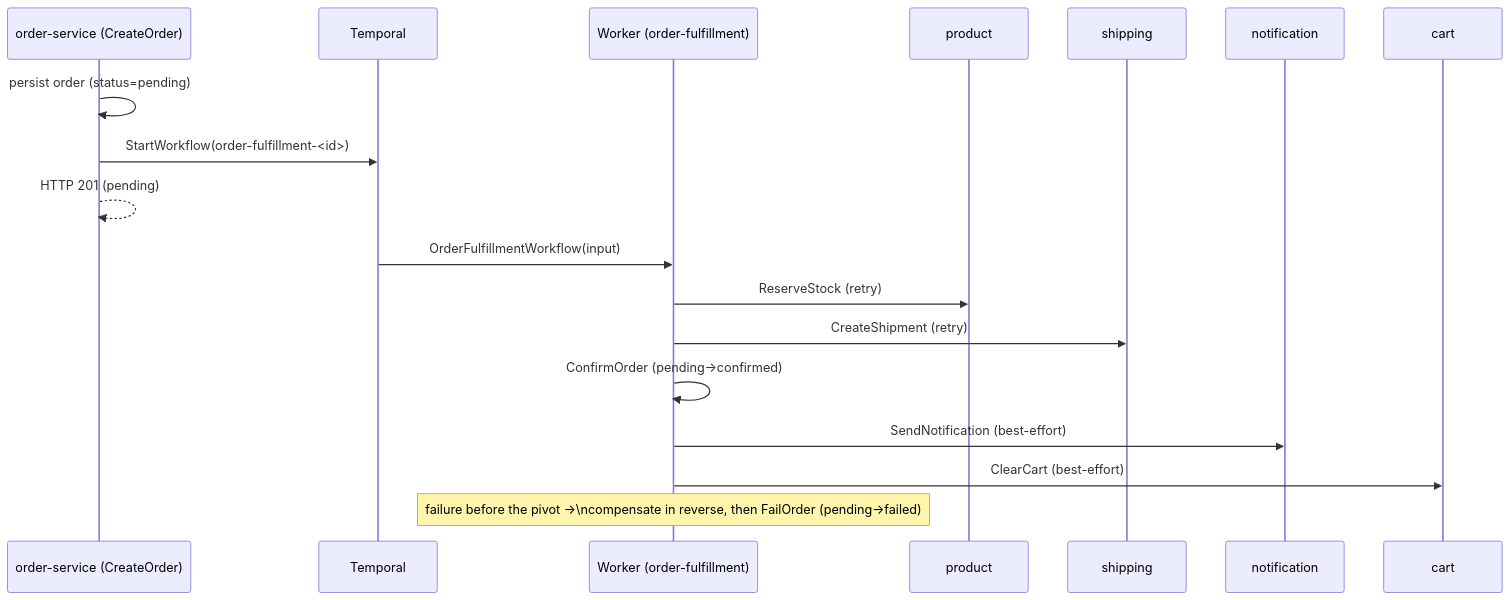
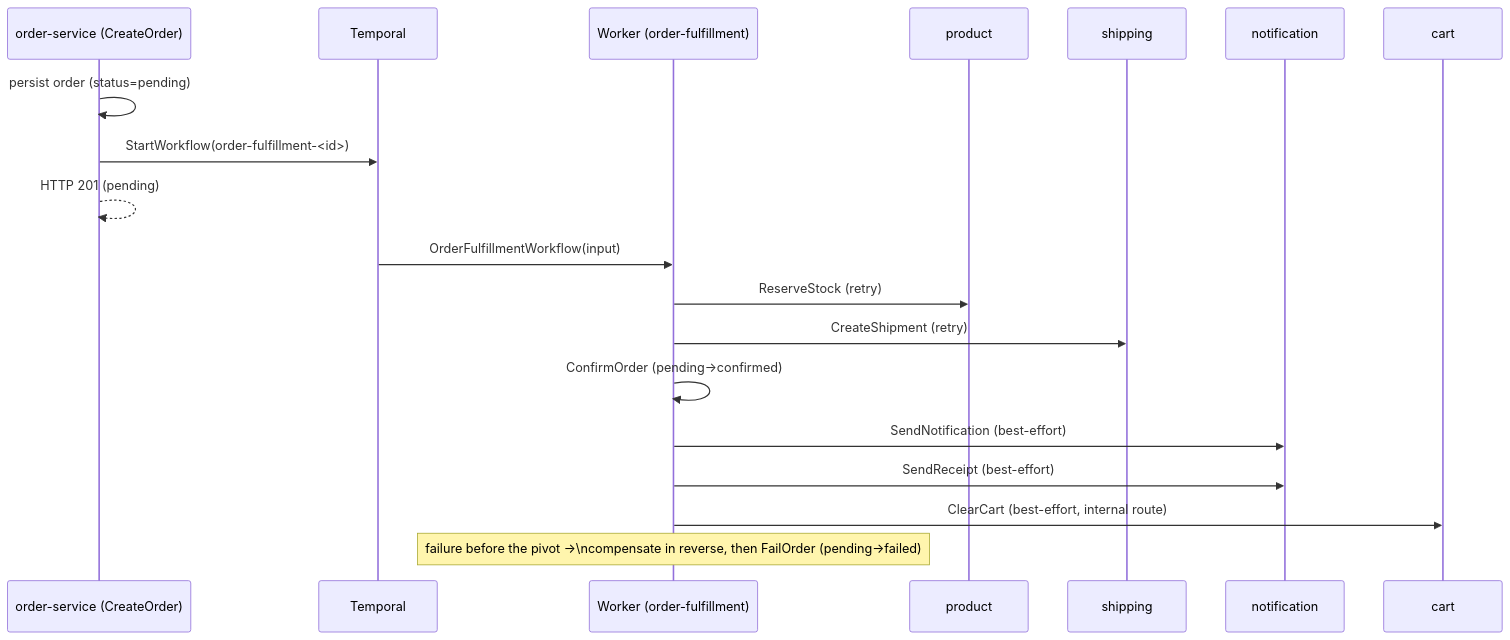
One commit to duynhlab/homelab changed the first of 3 diagrams in docs/api/temporal-order-fulfillment.md. Above: the diagram before and after it, drawn with Mermaid. The commit also changed other lines of this file and 7 other files, not shown here.

````diff
--- a/docs/api/temporal-order-fulfillment.md
+++ b/docs/api/temporal-order-fulfillment.md
@@ -107,21 +109,22 @@
 ```mermaid
 sequenceDiagram
     participant API as order-service (CreateOrder)
     participant T as Temporal
     participant W as Worker (order-fulfillment)
     participant P as product
     participant S as shipping
     participant N as notification
     participant C as cart
 
     API->>API: persist order (status=pending)
     API->>T: StartWorkflow(order-fulfillment-<id>)
     API-->>API: HTTP 201 (pending)
     T->>W: OrderFulfillmentWorkflow(input)
     W->>P: ReserveStock (retry)
     W->>S: CreateShipment (retry)
     W->>W: ConfirmOrder (pending->confirmed)
     W->>N: SendNotification (best-effort)
-    W->>C: ClearCart (best-effort)
+    W->>N: SendReceipt (best-effort)
+    W->>C: ClearCart (best-effort, internal route)
     Note over W: failure before the pivot ->\ncompensate in reverse, then FailOrder (pending->failed)
 ```
````
